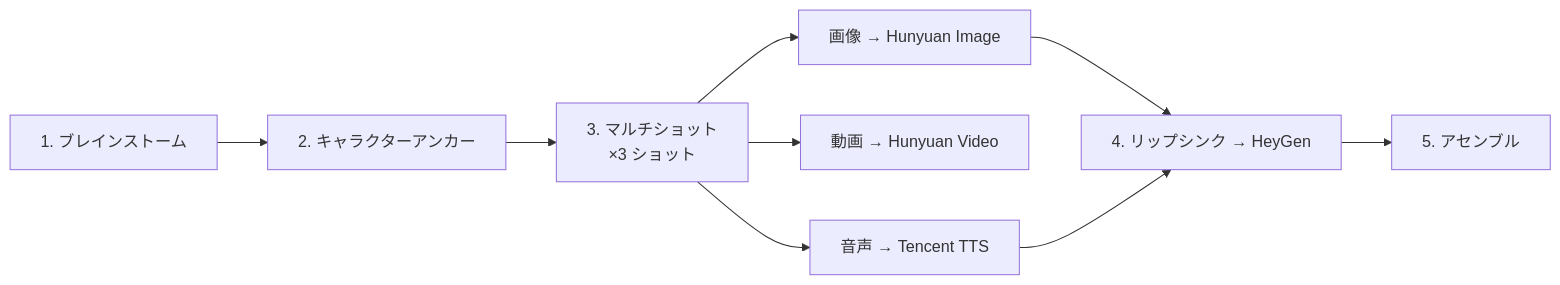
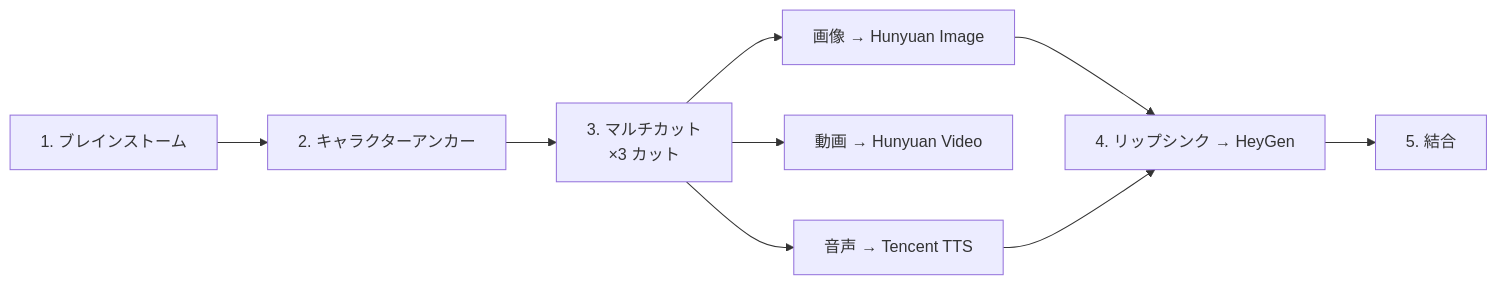
The fifth of 6 diagrams in README.ja.md (weed33834/ShotFlow), drawn with Mermaid before and after one commit. The commit also changed other lines of this file and 2 other files, not shown here.

````diff
--- a/README.ja.md
+++ b/README.ja.md
@@ -242,11 +292,11 @@
 ```mermaid
 flowchart LR
     A["1. ブレインストーム"] --> B["2. キャラクターアンカー"]
-    B --> C["3. マルチショット<br/>×3 ショット"]
+    B --> C["3. マルチカット<br/>×3 カット"]
     C --> D["画像 → Hunyuan Image"]
     C --> E["動画 → Hunyuan Video"]
     C --> F["音声 → Tencent TTS"]
     D --> G["4. リップシンク → HeyGen"]
     F --> G
-    G --> H["5. アセンブル"]
+    G --> H["5. 結合"]
 ```
````
